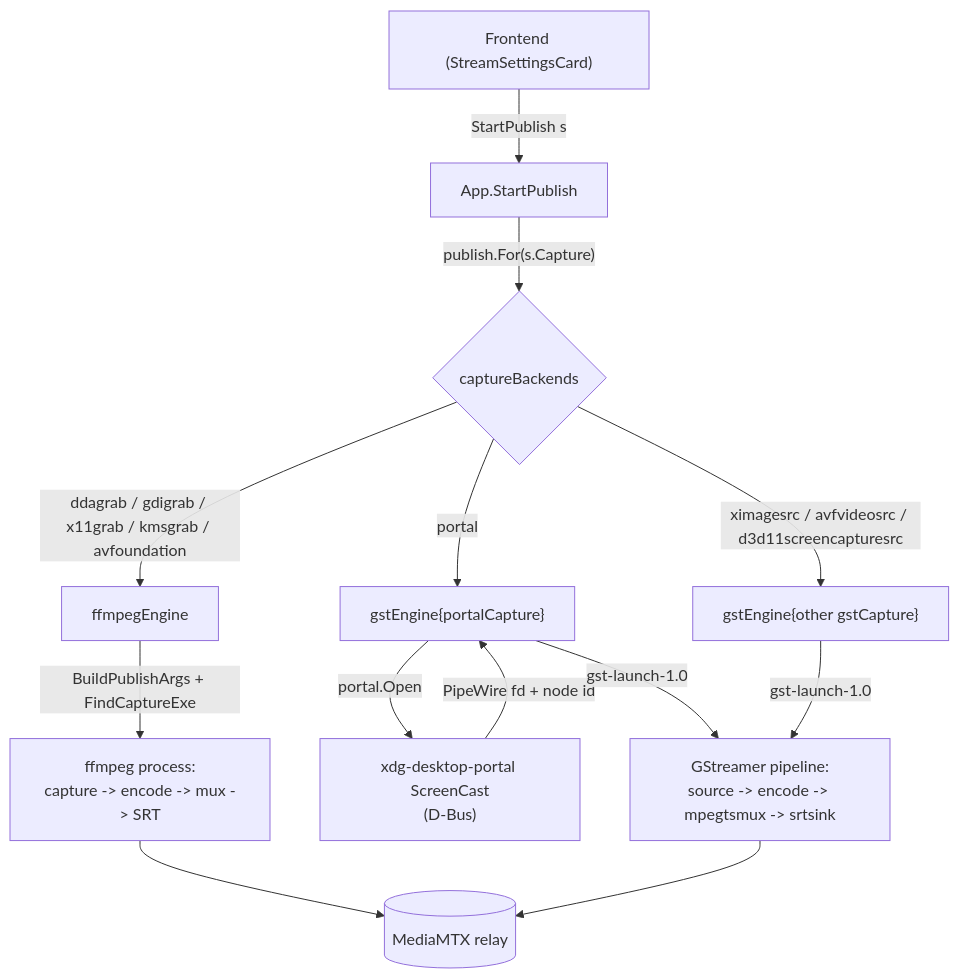
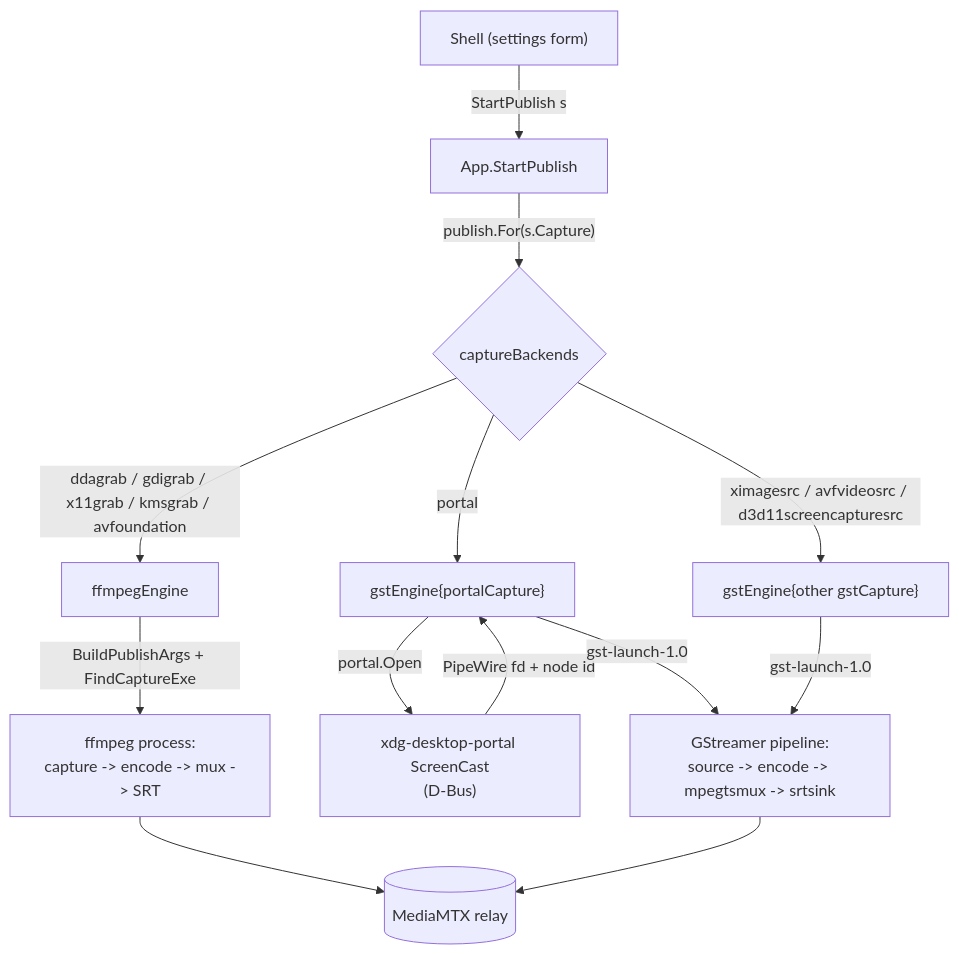
The diagram in docs/capture-architecture.md (bjoern621/screen-sharing), drawn with Mermaid before and after one commit. The commit also changed other lines of this file and 584 other files, not shown here.

````diff
--- a/docs/capture-architecture.md
+++ b/docs/capture-architecture.md
@@ -14,15 +14,15 @@
 ```mermaid
 flowchart TD
-    UI["Frontend (StreamSettingsCard)"] -->|StartPublish s| App["App.StartPublish"]
+    UI["Shell (settings form)"] -->|StartPublish s| App["App.StartPublish"]
     App -->|"publish.For(s.Capture)"| Reg{"captureBackends"}
     Reg -->|ddagrab / gdigrab / x11grab / kmsgrab / avfoundation| FE["ffmpegEngine"]
     Reg -->|portal| GP["gstEngine{portalCapture}"]
     Reg -->|ximagesrc / avfvideosrc / d3d11screencapturesrc| GX["gstEngine{other gstCapture}"]
     FE -->|"BuildPublishArgs + FindCaptureExe"| FF["ffmpeg process:<br/>capture -> encode -> mux -> SRT"]
     GP -->|portal.Open| PortalSvc["xdg-desktop-portal ScreenCast<br/>(D-Bus)"]
     PortalSvc -->|PipeWire fd + node id| GP
     GP -->|gst-launch-1.0| GST["GStreamer pipeline:<br/>source -> encode -> mpegtsmux -> srtsink"]
     GX -->|gst-launch-1.0| GST
     FF --> Relay[("MediaMTX relay")]
     GST --> Relay
 ```
````
